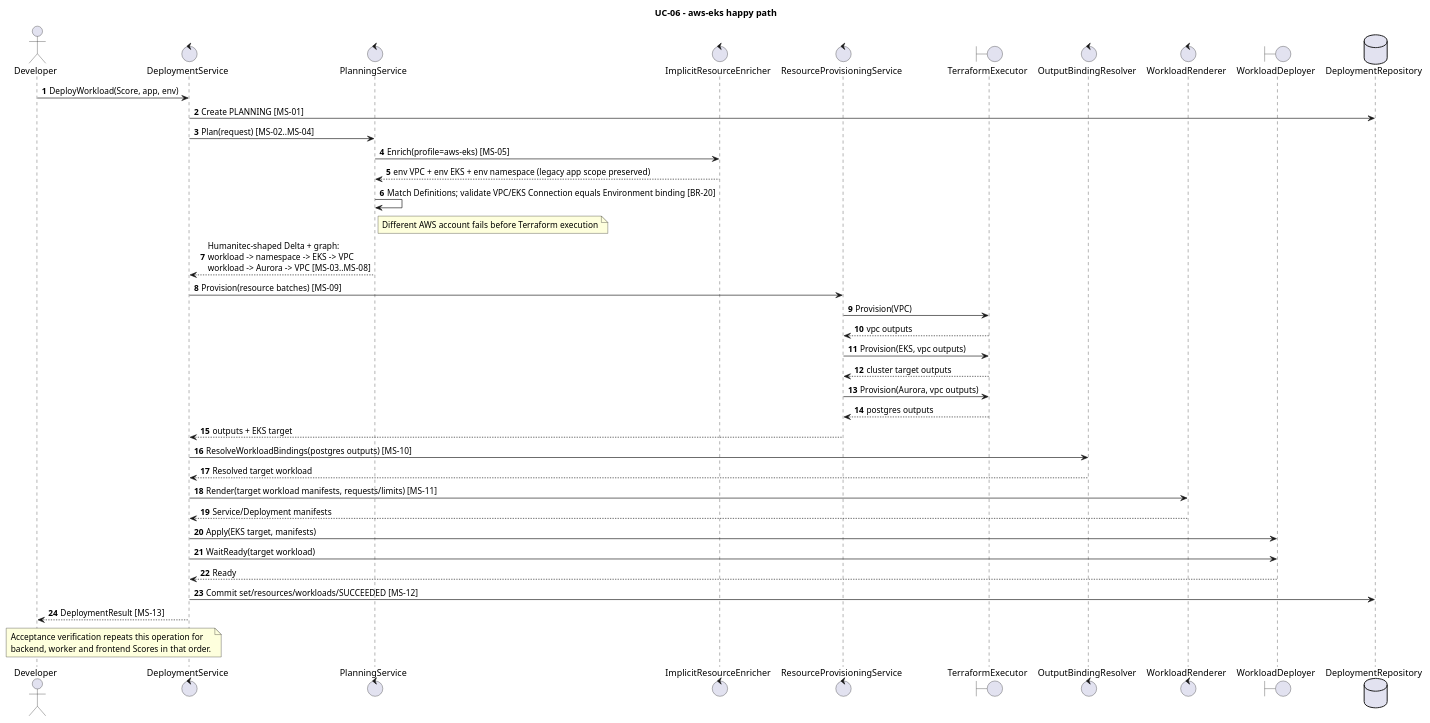
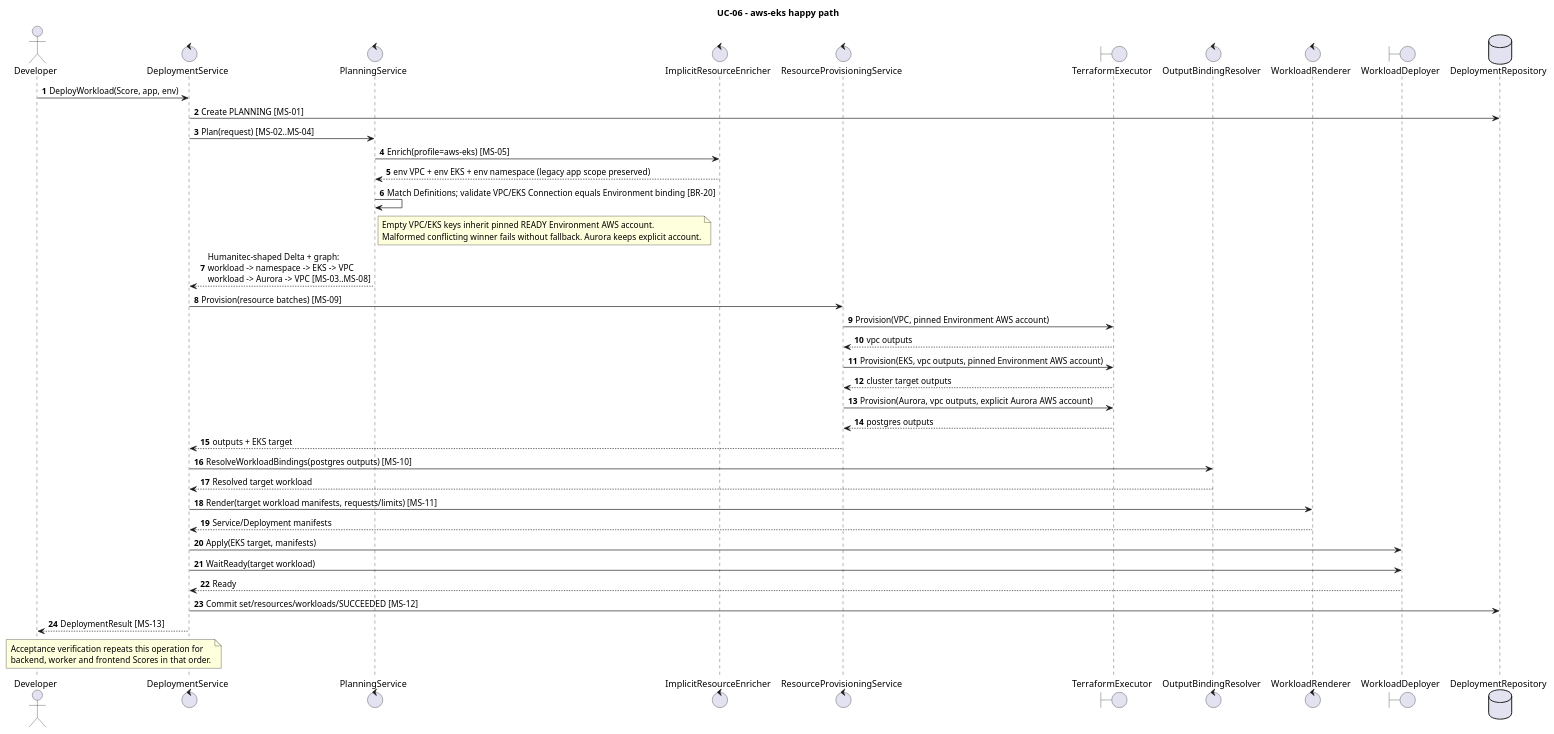
The diagram in orchestrator_docs/usecase/UC-06/sequence-cloud.puml (pr3s3nt/poc), drawn with PlantUML before and after one commit. The commit also changed 36 other files, not shown here.

Commit message:
T16: VPC/EKS dùng Kết nối AWS của Môi trường

```diff
--- a/orchestrator_docs/usecase/UC-06/sequence-cloud.puml
+++ b/orchestrator_docs/usecase/UC-06/sequence-cloud.puml
@@ -1,44 +1,47 @@
 @startuml
 title UC-06 - aws-eks happy path
 autonumber
 actor Developer
 control DeploymentService as Service
 control PlanningService as Planner
 control ImplicitResourceEnricher as Enricher
 control ResourceProvisioningService as Provisioner
 boundary TerraformExecutor as Terraform
 control OutputBindingResolver as Resolver
 control WorkloadRenderer as Renderer
 boundary WorkloadDeployer as K8s
 database DeploymentRepository as Repo
 
 Developer -> Service: DeployWorkload(Score, app, env)
 Service -> Repo: Create PLANNING [MS-01]
 Service -> Planner: Plan(request) [MS-02..MS-04]
 Planner -> Enricher: Enrich(profile=aws-eks) [MS-05]
 Enricher --> Planner: env VPC + env EKS + env namespace (legacy app scope preserved)
 Planner -> Planner: Match Definitions; validate VPC/EKS Connection equals Environment binding [BR-20]
-note right of Planner: Different AWS account fails before Terraform execution
+note right of Planner
+Empty VPC/EKS keys inherit pinned READY Environment AWS account.
+Malformed conflicting winner fails without fallback. Aurora keeps explicit account.
+end note
 Planner --> Service: Humanitec-shaped Delta + graph:\nworkload -> namespace -> EKS -> VPC\nworkload -> Aurora -> VPC [MS-03..MS-08]
 Service -> Provisioner: Provision(resource batches) [MS-09]
-Provisioner -> Terraform: Provision(VPC)
+Provisioner -> Terraform: Provision(VPC, pinned Environment AWS account)
 Terraform --> Provisioner: vpc outputs
-Provisioner -> Terraform: Provision(EKS, vpc outputs)
+Provisioner -> Terraform: Provision(EKS, vpc outputs, pinned Environment AWS account)
 Terraform --> Provisioner: cluster target outputs
-Provisioner -> Terraform: Provision(Aurora, vpc outputs)
+Provisioner -> Terraform: Provision(Aurora, vpc outputs, explicit Aurora AWS account)
 Terraform --> Provisioner: postgres outputs
 Provisioner --> Service: outputs + EKS target
 Service -> Resolver: ResolveWorkloadBindings(postgres outputs) [MS-10]
 Resolver --> Service: Resolved target workload
 Service -> Renderer: Render(target workload manifests, requests/limits) [MS-11]
 Renderer --> Service: Service/Deployment manifests
 Service -> K8s: Apply(EKS target, manifests)
 Service -> K8s: WaitReady(target workload)
 K8s --> Service: Ready
 Service -> Repo: Commit set/resources/workloads/SUCCEEDED [MS-12]
 Service --> Developer: DeploymentResult [MS-13]
 note over Developer, Service
 Acceptance verification repeats this operation for
 backend, worker and frontend Scores in that order.
 end note
 @enduml
```
